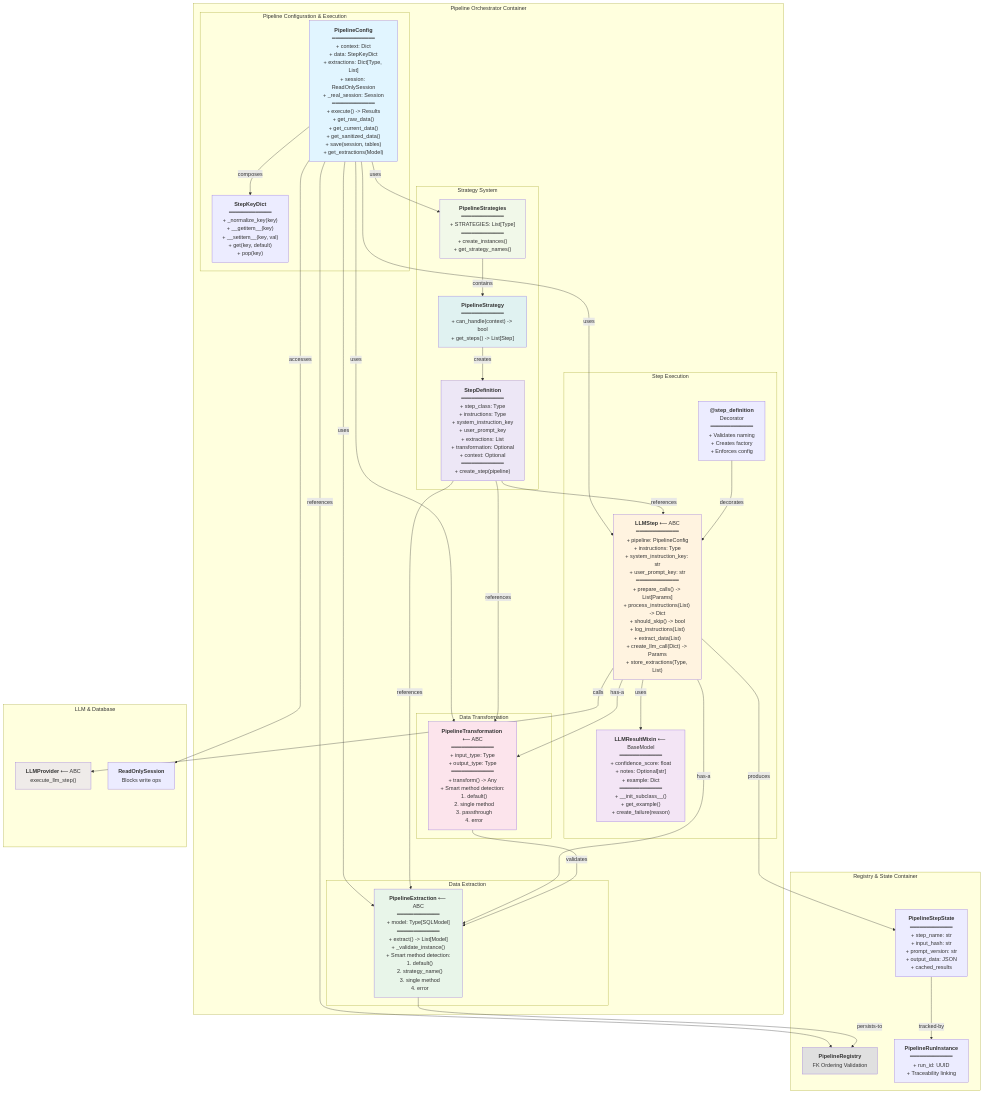
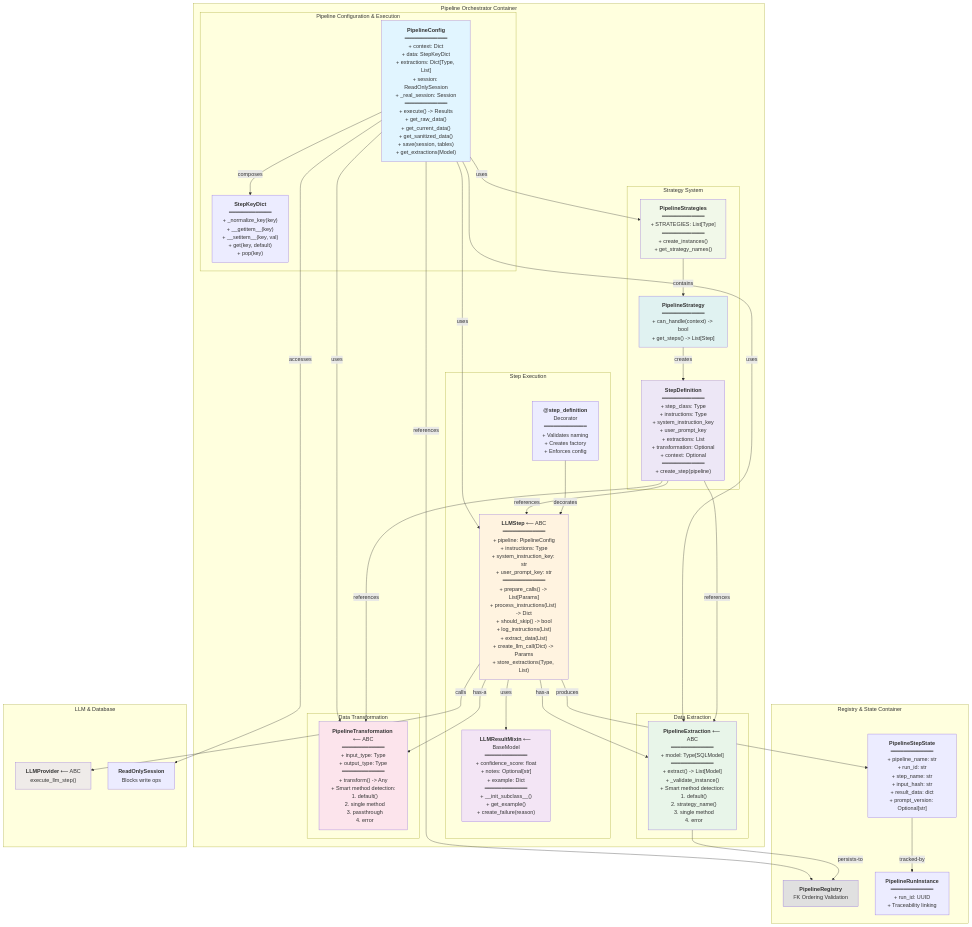
Before and after one commit to yugen-au/llm-pipeline: the diagram in docs/architecture/diagrams/c4-component.mmd, drawn with Mermaid. The commit also changed 1 other file, not shown here.

```diff
--- a/docs/architecture/diagrams/c4-component.mmd
+++ b/docs/architecture/diagrams/c4-component.mmd
@@ -1,87 +1,86 @@
 graph TB
     subgraph "Pipeline Orchestrator Container"
         subgraph "Pipeline Configuration & Execution"
             PC["<b>PipelineConfig</b><br/>━━━━━━━━━━━━━<br/>+ context: Dict<br/>+ data: StepKeyDict<br/>+ extractions: Dict[Type, List]<br/>+ session: ReadOnlySession<br/>+ _real_session: Session<br/>━━━━━━━━━━━━━<br/>+ execute() -> Results<br/>+ get_raw_data()<br/>+ get_current_data()<br/>+ get_sanitized_data()<br/>+ save(session, tables)<br/>+ get_extractions(Model)"]
 
             SKD["<b>StepKeyDict</b><br/>━━━━━━━━━━━━━<br/>+ _normalize_key(key)<br/>+ __getitem__(key)<br/>+ __setitem__(key, val)<br/>+ get(key, default)<br/>+ pop(key)"]
         end
 
         subgraph "Strategy System"
             PS["<b>PipelineStrategies</b><br/>━━━━━━━━━━━━━<br/>+ STRATEGIES: List[Type]<br/>━━━━━━━━━━━━━<br/>+ create_instances()<br/>+ get_strategy_names()"]
 
             PST["<b>PipelineStrategy</b><br/>━━━━━━━━━━━━━<br/>+ can_handle(context) -> bool<br/>+ get_steps() -> List[Step]"]
 
             SD["<b>StepDefinition</b><br/>━━━━━━━━━━━━━<br/>+ step_class: Type<br/>+ instructions: Type<br/>+ system_instruction_key<br/>+ user_prompt_key<br/>+ extractions: List<br/>+ transformation: Optional<br/>+ context: Optional<br/>━━━━━━━━━━━━━<br/>+ create_step(pipeline)"]
         end
 
         subgraph "Step Execution"
             LS["<b>LLMStep</b> ⟵ ABC<br/>━━━━━━━━━━━━━<br/>+ pipeline: PipelineConfig<br/>+ instructions: Type<br/>+ system_instruction_key: str<br/>+ user_prompt_key: str<br/>━━━━━━━━━━━━━<br/>+ prepare_calls() -> List[Params]<br/>+ process_instructions(List) -> Dict<br/>+ should_skip() -> bool<br/>+ log_instructions(List)<br/>+ extract_data(List)<br/>+ create_llm_call(Dict) -> Params<br/>+ store_extractions(Type, List)"]
 
             LRM["<b>LLMResultMixin</b> ⟵ BaseModel<br/>━━━━━━━━━━━━━<br/>+ confidence_score: float<br/>+ notes: Optional[str]<br/>+ example: Dict<br/>━━━━━━━━━━━━━<br/>+ __init_subclass__()<br/>+ get_example()<br/>+ create_failure(reason)"]
 
             SD2["<b>@step_definition</b><br/>Decorator<br/>━━━━━━━━━━━━━<br/>+ Validates naming<br/>+ Creates factory<br/>+ Enforces config"]
         end
 
         subgraph "Data Extraction"
             PE["<b>PipelineExtraction</b> ⟵ ABC<br/>━━━━━━━━━━━━━<br/>+ model: Type[SQLModel]<br/>━━━━━━━━━━━━━<br/>+ extract() -> List[Model]<br/>+ _validate_instance()<br/>+ Smart method detection:<br/>  1. default()<br/>  2. strategy_name()<br/>  3. single method<br/>  4. error"]
         end
 
         subgraph "Data Transformation"
             PT["<b>PipelineTransformation</b> ⟵ ABC<br/>━━━━━━━━━━━━━<br/>+ input_type: Type<br/>+ output_type: Type<br/>━━━━━━━━━━━━━<br/>+ transform() -> Any<br/>+ Smart method detection:<br/>  1. default()<br/>  2. single method<br/>  3. passthrough<br/>  4. error"]
         end
     end
 
     subgraph "Registry & State Container"
         PR["<b>PipelineRegistry</b><br/>FK Ordering Validation"]
 
-        PS_["<b>PipelineStepState</b><br/>━━━━━━━━━━━━━<br/>+ step_name: str<br/>+ input_hash: str<br/>+ prompt_version: str<br/>+ output_data: JSON<br/>+ cached_results"]
+        PS_["<b>PipelineStepState</b><br/>━━━━━━━━━━━━━<br/>+ pipeline_name: str<br/>+ run_id: str<br/>+ step_name: str<br/>+ input_hash: str<br/>+ result_data: dict<br/>+ prompt_version: Optional[str]"]
 
         PRI["<b>PipelineRunInstance</b><br/>━━━━━━━━━━━━━<br/>+ run_id: UUID<br/>+ Traceability linking"]
     end
 
     subgraph "LLM & Database"
         LP["<b>LLMProvider</b> ⟵ ABC<br/>execute_llm_step()"]
         ROS["<b>ReadOnlySession</b><br/>Blocks write ops"]
     end
 
     %% Relationships - Composition
     PC -->|composes| SKD
     PC -->|uses| PS
     PC -->|uses| LS
     PC -->|uses| PE
     PC -->|uses| PT
     PC -->|references| PR
 
     %% Relationships - Strategy System
     PS -->|contains| PST
     PST -->|creates| SD
     SD -->|references| LS
     SD -->|references| PE
     SD -->|references| PT
 
     %% Relationships - Step Execution
     SD2 -->|decorates| LS
     LS -->|uses| LRM
     LS -->|has-a| PE
     LS -->|has-a| PT
 
     %% Relationships - Data Flow
     LS -->|produces| PS_
     PS_ -->|tracked-by| PRI
     PE -->|persists-to| PR
-    PT -->|validates| PE
 
     %% Relationships - Execution
     LS -->|calls| LP
     PC -->|accesses| ROS
 
     style PC fill:#e1f5ff
     style LS fill:#fff3e0
     style LRM fill:#f3e5f5
     style PE fill:#e8f5e9
     style PT fill:#fce4ec
     style PS fill:#f1f8e9
     style PST fill:#e0f2f1
     style SD fill:#ede7f6
     style LP fill:#efebe9
     style PR fill:#e0e0e0
```
